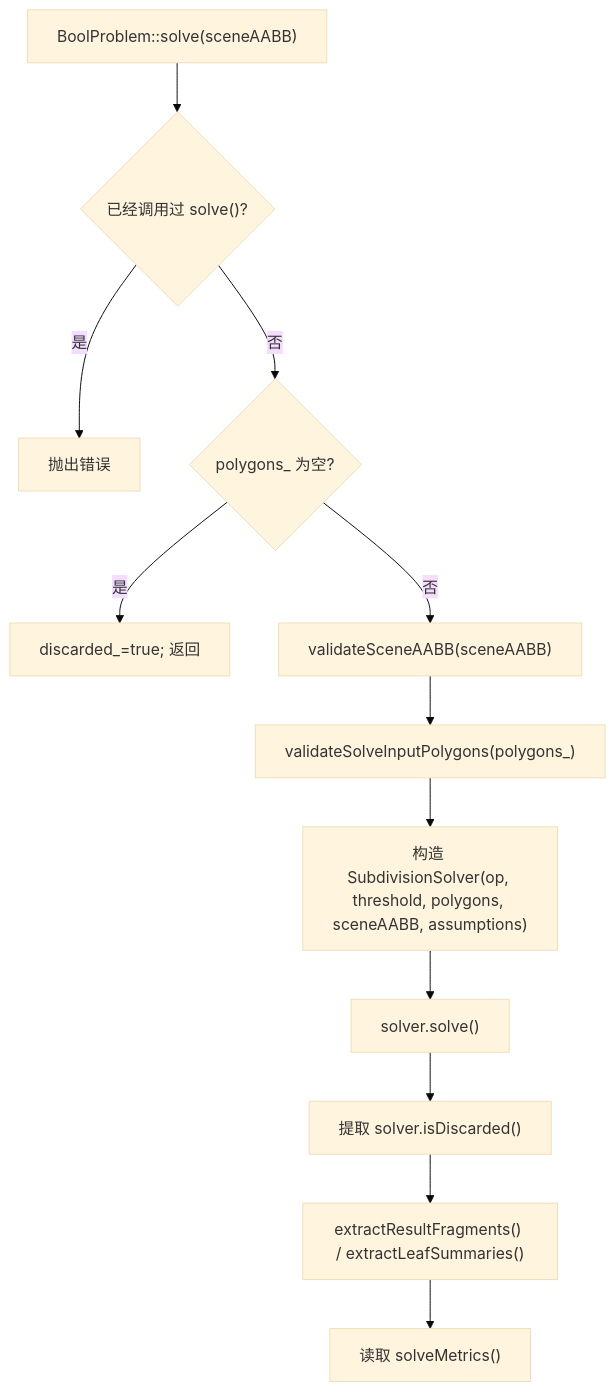
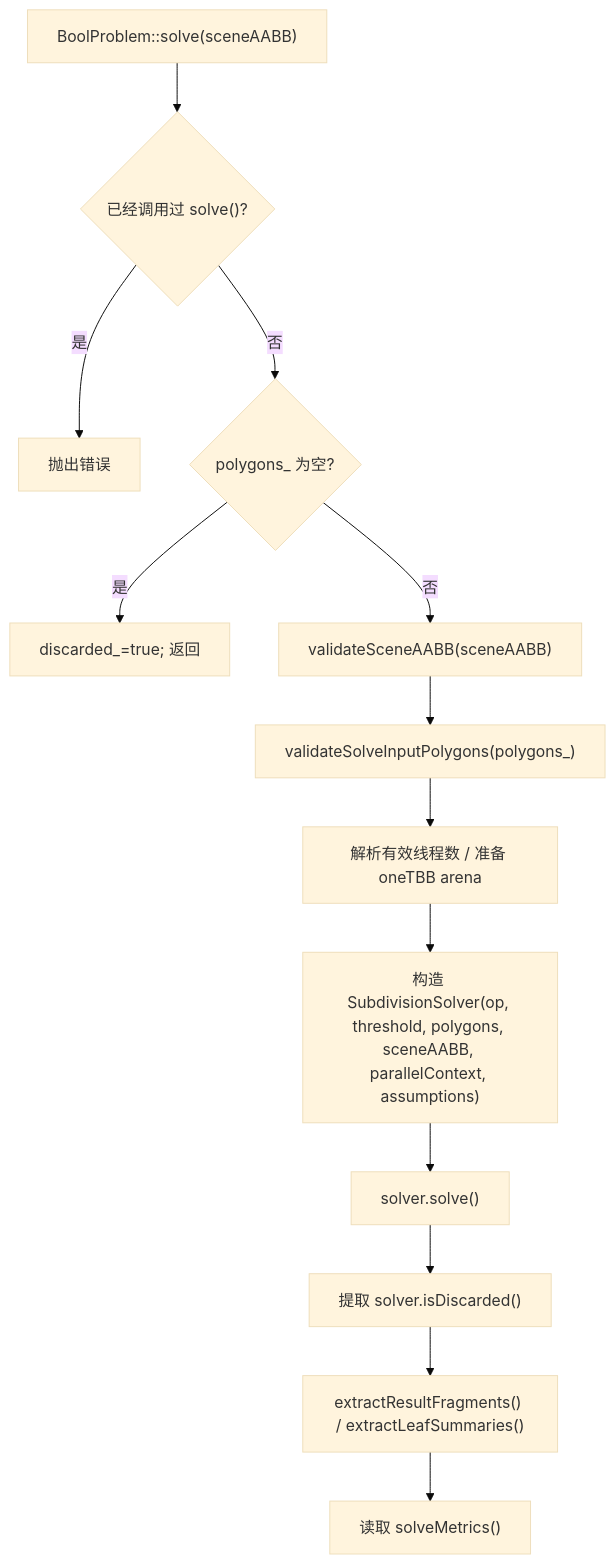
The second of 11 diagrams in docs/core-logic-flow.md (SDU-YueQiu/re-EMBER), drawn with Mermaid (base theme) before and after one commit. The commit also changed other lines of this file and 10 other files, not shown here.

Commit message:
接入 oneTBB sibling-task 并行求解

````diff
--- a/docs/core-logic-flow.md
+++ b/docs/core-logic-flow.md
@@ -77,14 +79,15 @@
 ```mermaid
 flowchart TD
     A["BoolProblem::solve(sceneAABB)"] --> A0{"已经调用过 solve()?"}
     A0 -->|是| A1["抛出错误"]
     A0 -->|否| C{"polygons_ 为空?"}
     C -->|是| D["discarded_=true; 返回"]
     C -->|否| E["validateSceneAABB(sceneAABB)"]
     E --> F["validateSolveInputPolygons(polygons_)"]
-    F --> G["构造 SubdivisionSolver(op, threshold, polygons, sceneAABB, assumptions)"]
-    G --> H["solver.solve()"]
-    H --> I["提取 solver.isDiscarded()"]
-    I --> J["extractResultFragments() / extractLeafSummaries()"]
-    J --> K["读取 solveMetrics()"]
+    F --> G["解析有效线程数 / 准备 oneTBB arena"]
+    G --> H["构造 SubdivisionSolver(op, threshold, polygons, sceneAABB, parallelContext, assumptions)"]
+    H --> I["solver.solve()"]
+    I --> J["提取 solver.isDiscarded()"]
+    J --> K["extractResultFragments() / extractLeafSummaries()"]
+    K --> L["读取 solveMetrics()"]
 ```
````
